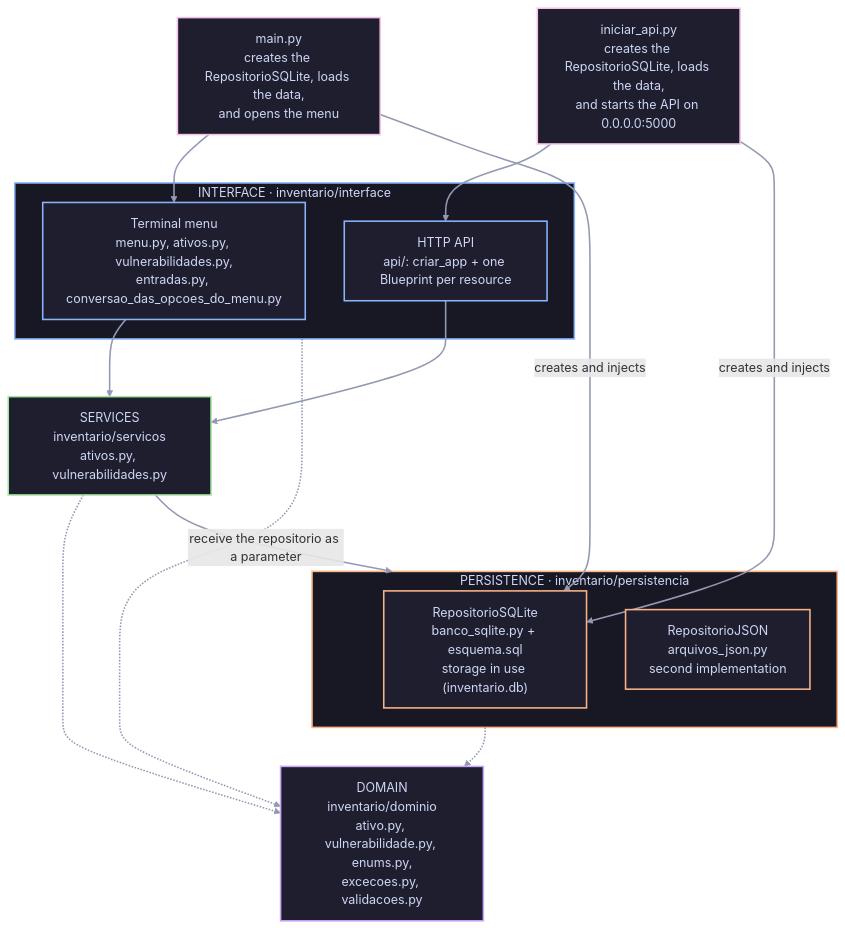
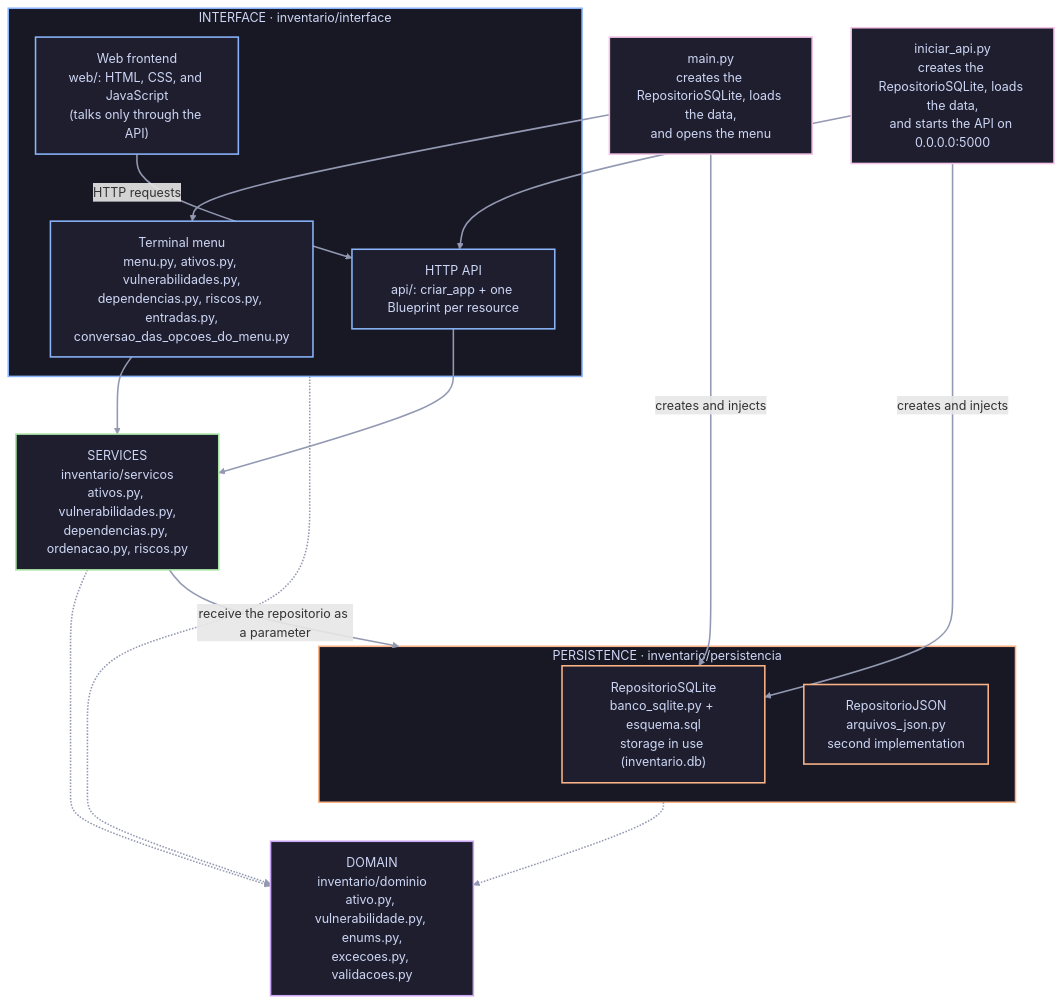
The diagram in README.md (cadulugaresi/trab02_2026_2_12621cbs211), drawn with Mermaid before and after one commit. The commit also changed other lines of this file and 1 other file, not shown here.

````diff
--- a/README.md
+++ b/README.md
@@ -121,42 +305,44 @@
 ```mermaid
 flowchart TD
     main["main.py<br/>creates the RepositorioSQLite, loads the data,<br/>and opens the menu"]
     iniciarApi["iniciar_api.py<br/>creates the RepositorioSQLite, loads the data,<br/>and starts the API on 0.0.0.0:5000"]
     subgraph interface["INTERFACE · inventario/interface"]
-        menu["Terminal menu<br/>menu.py, ativos.py, vulnerabilidades.py,<br/>entradas.py, conversao_das_opcoes_do_menu.py"]
+        menu["Terminal menu<br/>menu.py, ativos.py, vulnerabilidades.py,<br/>dependencias.py, riscos.py, entradas.py,<br/>conversao_das_opcoes_do_menu.py"]
         api["HTTP API<br/>api/: criar_app + one Blueprint per resource"]
+        web["Web frontend<br/>web/: HTML, CSS, and JavaScript<br/>(talks only through the API)"]
     end
-    servicos["SERVICES<br/>inventario/servicos<br/>ativos.py, vulnerabilidades.py"]
+    servicos["SERVICES<br/>inventario/servicos<br/>ativos.py, vulnerabilidades.py,<br/>dependencias.py, ordenacao.py, riscos.py"]
     subgraph persistencia["PERSISTENCE · inventario/persistencia"]
         repositorioSQLite["RepositorioSQLite<br/>banco_sqlite.py + esquema.sql<br/>storage in use (inventario.db)"]
         repositorioJSON["RepositorioJSON<br/>arquivos_json.py<br/>second implementation"]
     end
     dominio["DOMAIN<br/>inventario/dominio<br/>ativo.py, vulnerabilidade.py, enums.py,<br/>excecoes.py, validacoes.py"]
 
     main --> menu
     main -->|creates and injects| repositorioSQLite
     iniciarApi --> api
     iniciarApi -->|creates and injects| repositorioSQLite
+    web -->|HTTP requests| api
     menu --> servicos
     api --> servicos
     servicos -->|receive the repositorio as a parameter| persistencia
     interface -.-> dominio
     servicos -.-> dominio
     persistencia -.-> dominio
 
     classDef corMain fill:#1e1e2e,stroke:#f5c2e7,stroke-width:2px,color:#cdd6f4
     classDef corInterface fill:#1e1e2e,stroke:#89b4fa,stroke-width:2px,color:#cdd6f4
     classDef corServicos fill:#1e1e2e,stroke:#a6e3a1,stroke-width:2px,color:#cdd6f4
     classDef corPersistencia fill:#1e1e2e,stroke:#fab387,stroke-width:2px,color:#cdd6f4
     classDef corDominio fill:#1e1e2e,stroke:#cba6f7,stroke-width:2px,color:#cdd6f4
 
     class main,iniciarApi corMain
-    class menu,api corInterface
+    class menu,api,web corInterface
     class servicos corServicos
     class repositorioSQLite,repositorioJSON corPersistencia
     class dominio corDominio
     style interface fill:#181825,stroke:#89b4fa,stroke-width:2px,color:#cdd6f4
     style persistencia fill:#181825,stroke:#fab387,stroke-width:2px,color:#cdd6f4
 
     linkStyle default stroke:#9399b2,stroke-width:2px
 ```
````
